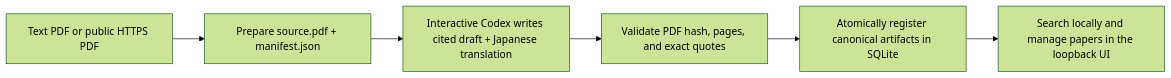
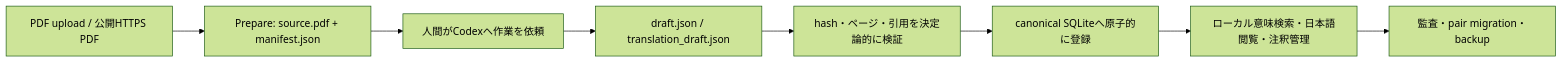
One commit to tikeda123/quant-mind-codex changed the diagram in README.md. Above: the diagram before and after it, drawn with Mermaid (forest theme). The commit also changed other lines of this file and 4 other files, not shown here.

````diff
--- a/README.md
+++ b/README.md
@@ -51,8 +97,10 @@
 ```mermaid
 flowchart LR
-    A["Text PDF or public HTTPS PDF"] --> B["Prepare source.pdf + manifest.json"]
-    B --> C["Interactive Codex writes cited draft + Japanese translation"]
-    C --> D["Validate PDF hash, pages, and exact quotes"]
-    D --> E["Atomically register canonical artifacts in SQLite"]
-    E --> F["Search locally and manage papers in the loopback UI"]
+    A["PDF upload / 公開HTTPS PDF"] --> B["Prepare: source.pdf + manifest.json"]
+    B --> C["人間がCodexへ作業を依頼"]
+    C --> D["draft.json / translation_draft.json"]
+    D --> E["hash・ページ・引用を決定論的に検証"]
+    E --> F["canonical SQLiteへ原子的に登録"]
+    F --> G["ローカル意味検索・日本語閲覧・注釈管理"]
+    G --> H["監査・pair migration・backup"]
 ```
````
